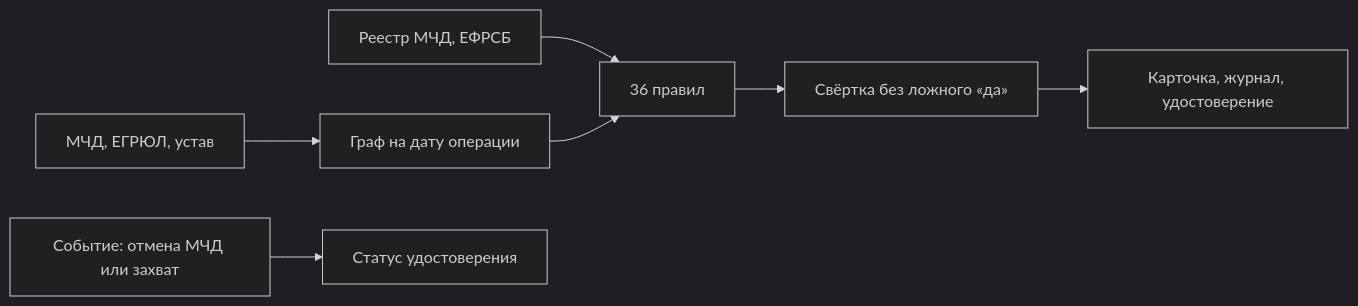
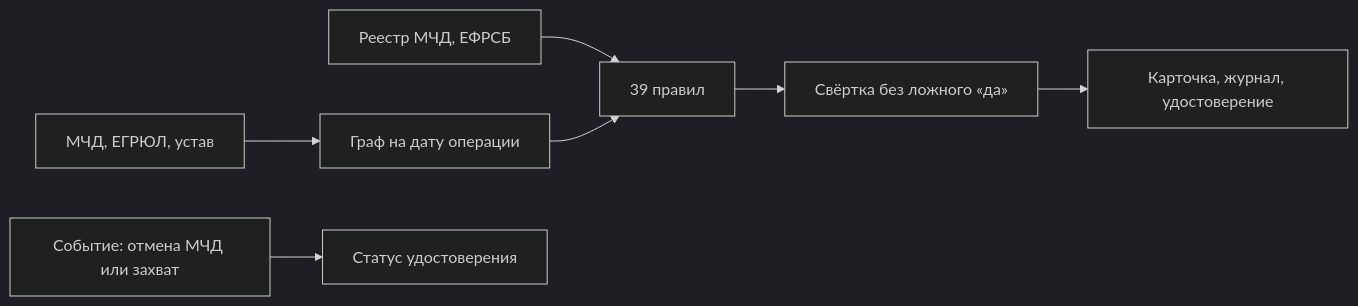
Before and after one commit to KonkovDV/Mandat: the diagram in README.md, drawn with Mermaid (dark theme). The commit also changed other lines of this file and 98 other files, not shown here.

````diff
--- a/README.md
+++ b/README.md
@@ -75,9 +75,9 @@
 ```mermaid
 flowchart LR
     A["МЧД, ЕГРЮЛ, устав"] --> B["Граф на дату операции"]
     R["Реестр МЧД, ЕФРСБ"] --> C
-    B --> C["36 правил"]
+    B --> C["39 правил"]
     C --> D["Свёртка без ложного «да»"]
     D --> E["Карточка, журнал, удостоверение"]
     F["Событие: отмена МЧД или захват"] --> G["Статус удостоверения"]
 ```
````
